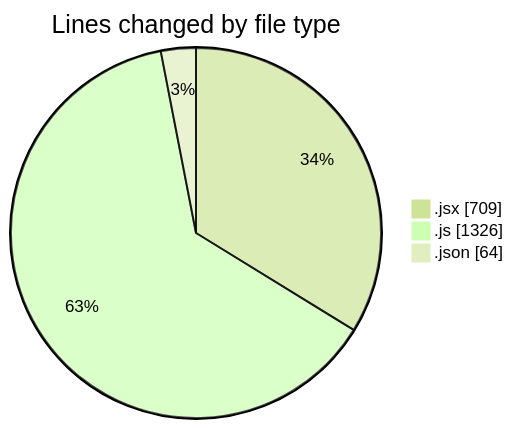
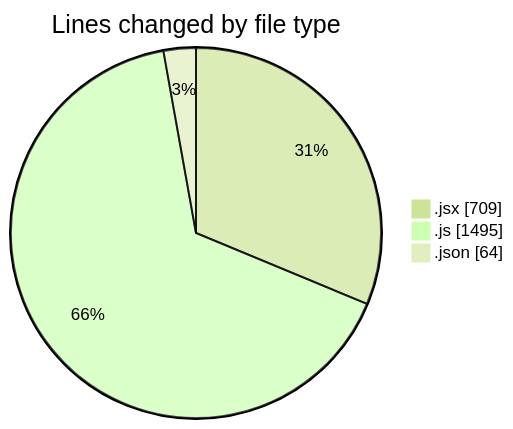
One commit to nxtqubesakshisongat/code-tracking changed the first of 2 diagrams in 2025-11-05/nxtqube_webapp/README.md. Above: the diagram before and after it, drawn with Mermaid (forest theme). The commit also changed other lines of this file and 1 other file, not shown here.

````diff
--- a/2025-11-05/nxtqube_webapp/README.md
+++ b/2025-11-05/nxtqube_webapp/README.md
@@ -28,7 +29,7 @@
 ```mermaid
 pie showData
 title Lines changed by file type
 ".jsx" : 709
-".js" : 1326
+".js" : 1495
 ".json" : 64
 ```
````
